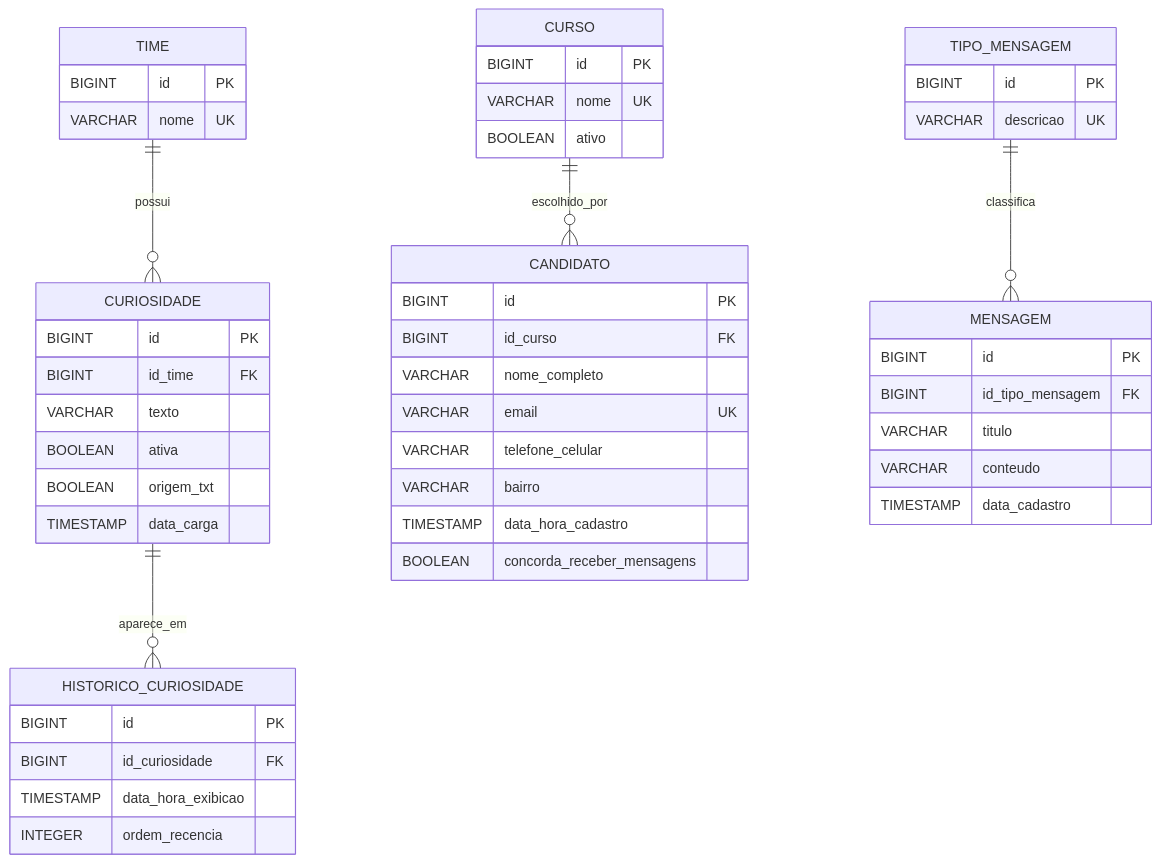
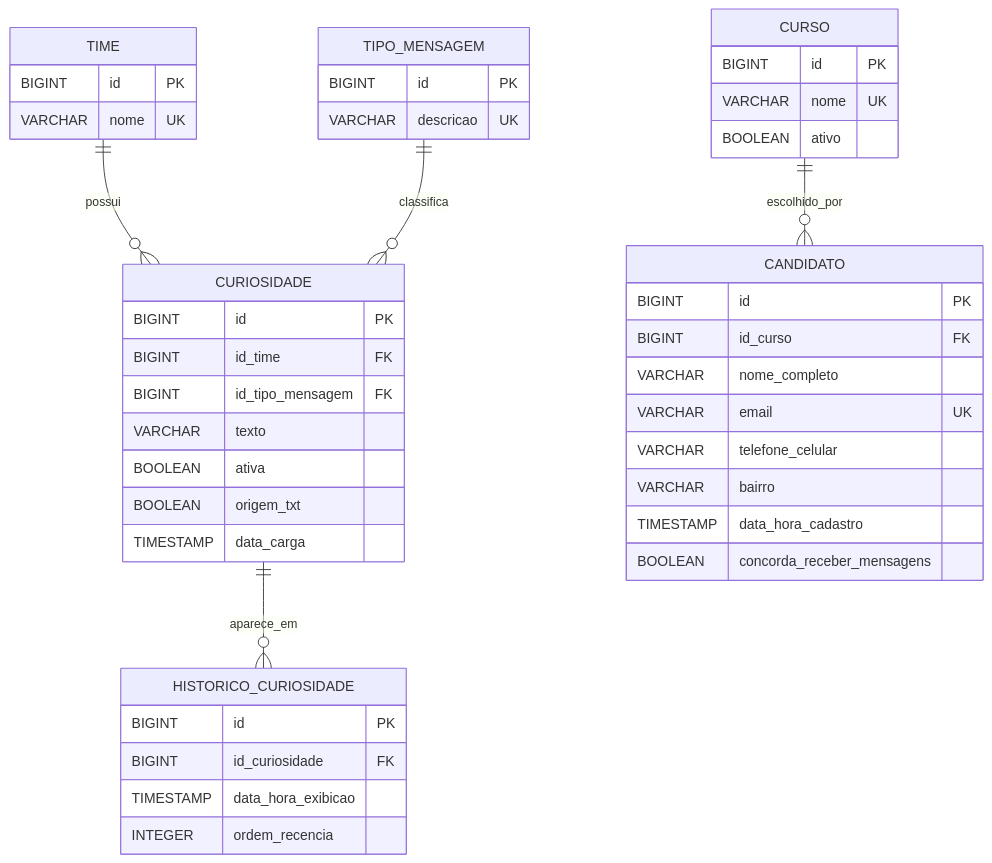
Before and after one commit to andrelamego/portal-vestibular-fatec: the diagram in doc/er_diagram/er_diagram.mermaid, drawn with Mermaid. The commit also changed 1 other file, not shown here.

Commit message:
docs: atualiza relacionamentos entre curiosidade e tipoMensagem e remove classe mensagem

```diff
--- a/doc/er_diagram/er_diagram.mermaid
+++ b/doc/er_diagram/er_diagram.mermaid
@@ -1,56 +1,49 @@
 erDiagram
     TIME {
       BIGINT id PK
       VARCHAR nome UK
     }
 
     CURIOSIDADE {
       BIGINT id PK
       BIGINT id_time FK
+      BIGINT id_tipo_mensagem FK
       VARCHAR texto
       BOOLEAN ativa
       BOOLEAN origem_txt
       TIMESTAMP data_carga
     }
 
     HISTORICO_CURIOSIDADE {
       BIGINT id PK
       BIGINT id_curiosidade FK
       TIMESTAMP data_hora_exibicao
       INTEGER ordem_recencia
     }
 
     CURSO {
       BIGINT id PK
       VARCHAR nome UK
       BOOLEAN ativo
     }
 
     CANDIDATO {
       BIGINT id PK
       BIGINT id_curso FK
       VARCHAR nome_completo
       VARCHAR email UK
       VARCHAR telefone_celular
       VARCHAR bairro
       TIMESTAMP data_hora_cadastro
       BOOLEAN concorda_receber_mensagens
     }
 
     TIPO_MENSAGEM {
       BIGINT id PK
       VARCHAR descricao UK
     }
 
-    MENSAGEM {
-      BIGINT id PK
-      BIGINT id_tipo_mensagem FK
-      VARCHAR titulo
-      VARCHAR conteudo
-      TIMESTAMP data_cadastro
-    }
-
     TIME ||--o{ CURIOSIDADE : possui
     CURIOSIDADE ||--o{ HISTORICO_CURIOSIDADE : aparece_em
     CURSO ||--o{ CANDIDATO : escolhido_por
-    TIPO_MENSAGEM ||--o{ MENSAGEM : classifica
+    TIPO_MENSAGEM ||--o{ CURIOSIDADE : classifica
```
